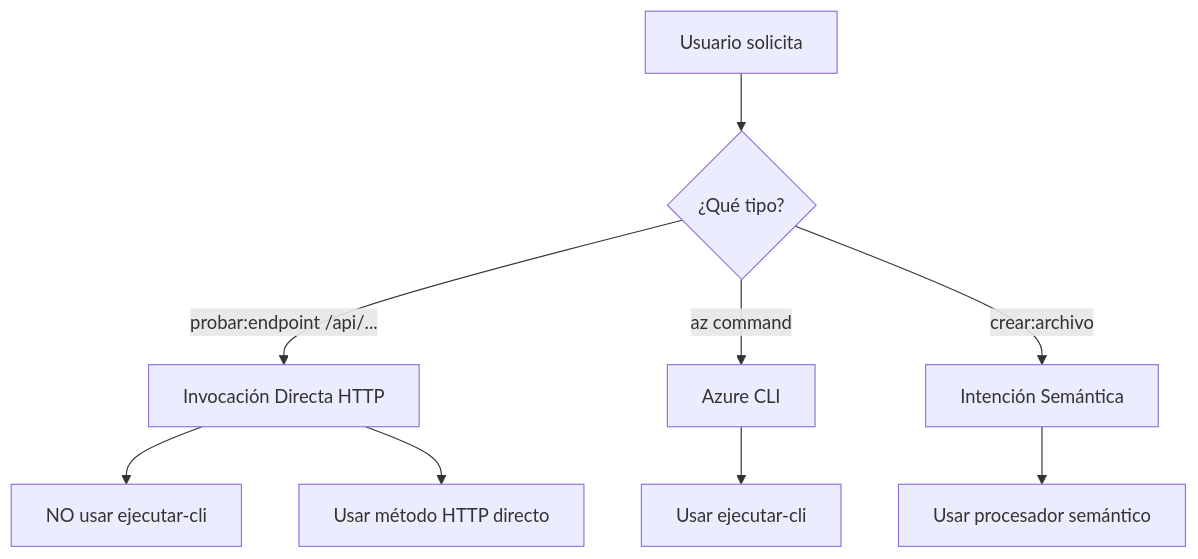
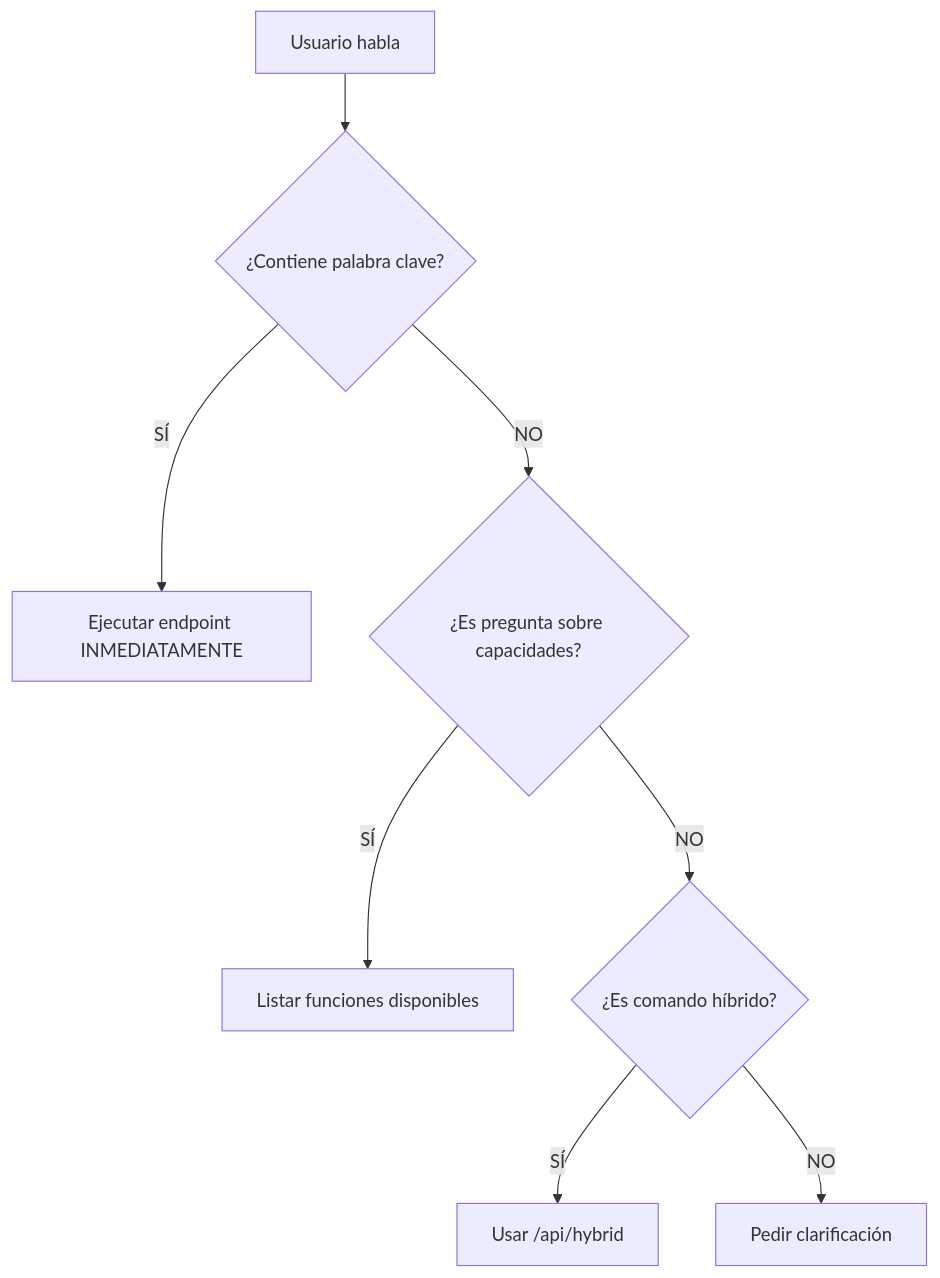
The first of 2 diagrams in copiloto-function/AGENTS.md (intuit44/BoatBooking), drawn with Mermaid before and after one commit. The commit also changed other lines of this file and 22 other files, not shown here.

````diff
--- a/copiloto-function/AGENTS.md
+++ b/copiloto-function/AGENTS.md
@@ -56,14 +50,10 @@
 ```mermaid
 graph TD
-    A[Usuario solicita] --> B{¿Qué tipo?}
-    
-    B -->|"probar:endpoint /api/..."| C[Invocación Directa HTTP]
-    C --> C1[NO usar ejecutar-cli]
-    C --> C2[Usar método HTTP directo]
-    
-    B -->|"az command"| D[Azure CLI]
-    D --> D1[Usar ejecutar-cli]
-    
-    B -->|"crear:archivo"| E[Intención Semántica]
-    E --> E1[Usar procesador semántico]
+  A[Usuario habla] --> B{¿Contiene palabra clave?}
+  B -->|SÍ| C[Ejecutar endpoint INMEDIATAMENTE]
+  B -->|NO| D{¿Es pregunta sobre capacidades?}
+  D -->|SÍ| E[Listar funciones disponibles]
+  D -->|NO| F{¿Es comando híbrido?}
+  F -->|SÍ| G[Usar /api/hybrid]
+  F -->|NO| H[Pedir clarificación]
 ```
````
